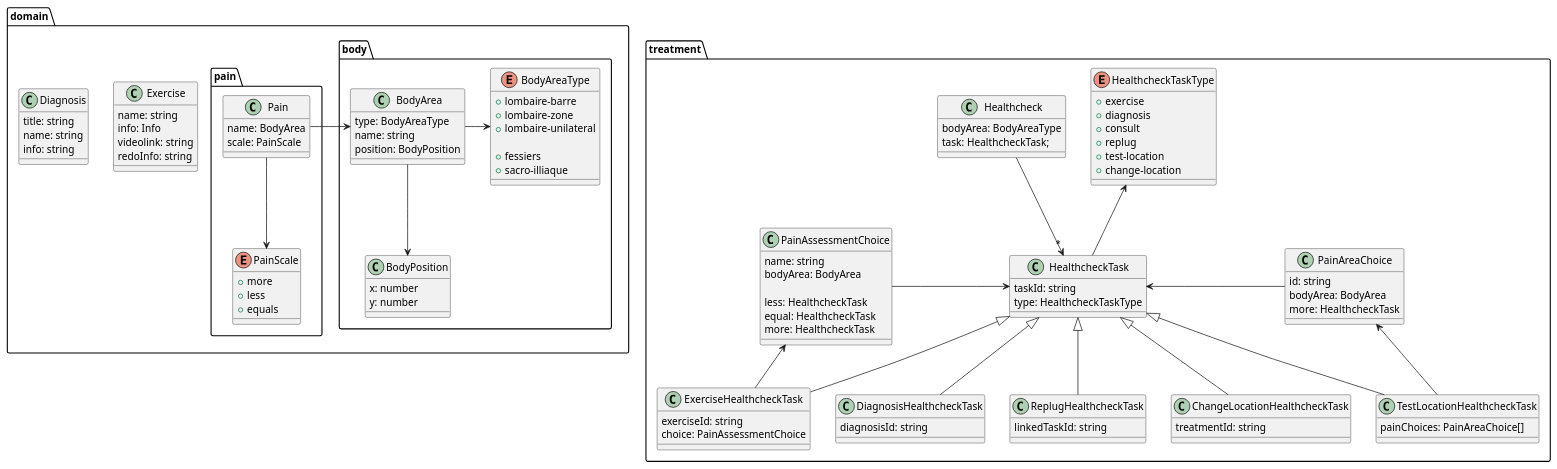
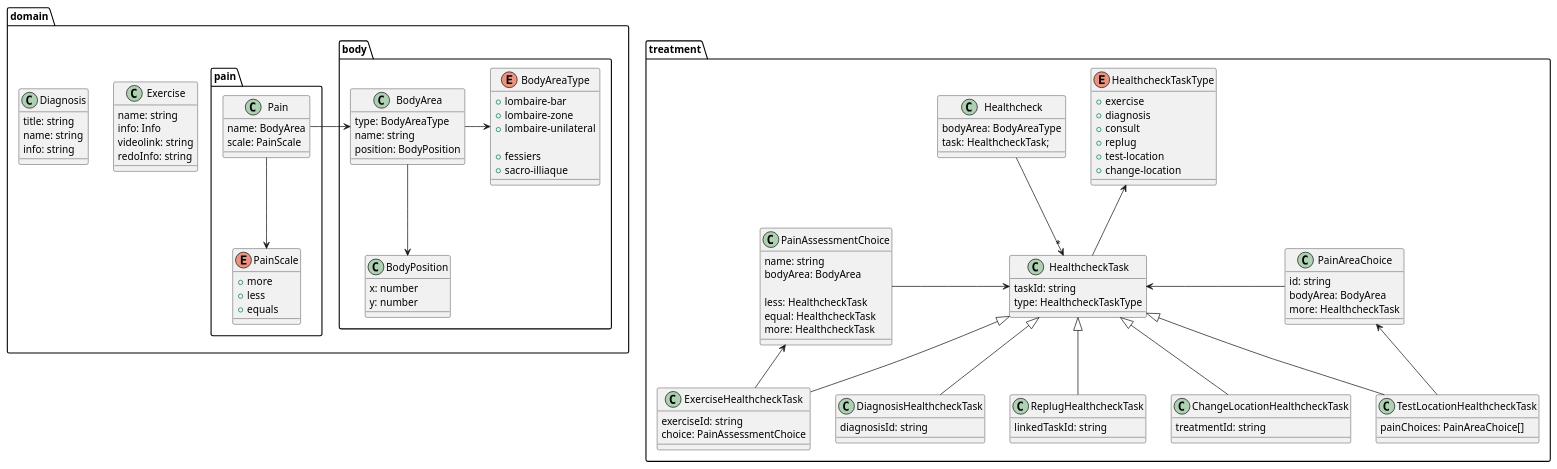
The diagram in documentation/puml/domain.model.puml (cevex/kinetic), drawn with PlantUML before and after one commit. The commit also changed 51 other files, not shown here.

```diff
--- a/documentation/puml/domain.model.puml
+++ b/documentation/puml/domain.model.puml
@@ -1,137 +1,137 @@
 @startuml
 
 package domain {
     package body {
 
         class BodyArea {
             type: BodyAreaType
             name: string
             position: BodyPosition
         }
 
         enum BodyAreaType {
-            + lombaire-barre
+            + lombaire-bar
             + lombaire-zone
             + lombaire-unilateral
 
             + fessiers
             + sacro-illiaque
         }
 
         class BodyPosition {
             x: number
             y: number
         }
 
         BodyArea -r-> BodyAreaType
         BodyArea --> BodyPosition
     }
 
     package pain {
 
         class Pain {
             name: BodyArea
             scale: PainScale
         }
 
         enum PainScale {
             + more
             + less
             + equals
         }
 
         Pain --> PainScale
         Pain -r-> BodyArea
     }
 
     class Exercise {
         name: string
         info: Info
         videolink: string
         redoInfo: string
     }
 
     class Diagnosis {
         title: string
         name: string
         info: string
     }
 }
 
 package treatment {
 
     class Healthcheck {
         bodyArea: BodyAreaType
         task: HealthcheckTask;
     }
 
     class HealthcheckTask {
         taskId: string
         type: HealthcheckTaskType
     }
 
     enum HealthcheckTaskType {
         + exercise
         + diagnosis
         + consult
         + replug
         + test-location
         + change-location
         '+ pain-assessment
     }
 
     class ExerciseHealthcheckTask {
         exerciseId: string
         choice: PainAssessmentChoice
     }
 
     class DiagnosisHealthcheckTask {
         diagnosisId: string
     }
 
     class ReplugHealthcheckTask {
         linkedTaskId: string
     }
 
     class ChangeLocationHealthcheckTask {
         treatmentId: string
     }
 
     class TestLocationHealthcheckTask {
         painChoices: PainAreaChoice[]
     }
 
     class PainAssessmentChoice {
         name: string
         bodyArea: BodyArea
 
         less: HealthcheckTask
         equal: HealthcheckTask
         more: HealthcheckTask
     }
 
     class PainAreaChoice {
         id: string
         bodyArea: BodyArea
         more: HealthcheckTask
     }
 
 
     Healthcheck --> "*" HealthcheckTask
 
     HealthcheckTask -u-> HealthcheckTaskType
 
     HealthcheckTask <|-- ExerciseHealthcheckTask
     HealthcheckTask <|-- DiagnosisHealthcheckTask
     HealthcheckTask <|-- ReplugHealthcheckTask
     HealthcheckTask <|-- TestLocationHealthcheckTask
     HealthcheckTask <|--  ChangeLocationHealthcheckTask
 
     ExerciseHealthcheckTask -u-> PainAssessmentChoice
     TestLocationHealthcheckTask -u-> PainAreaChoice
 
     PainAssessmentChoice -r-> HealthcheckTask
     PainAreaChoice -l-> HealthcheckTask
 }
 
 @enduml
```
